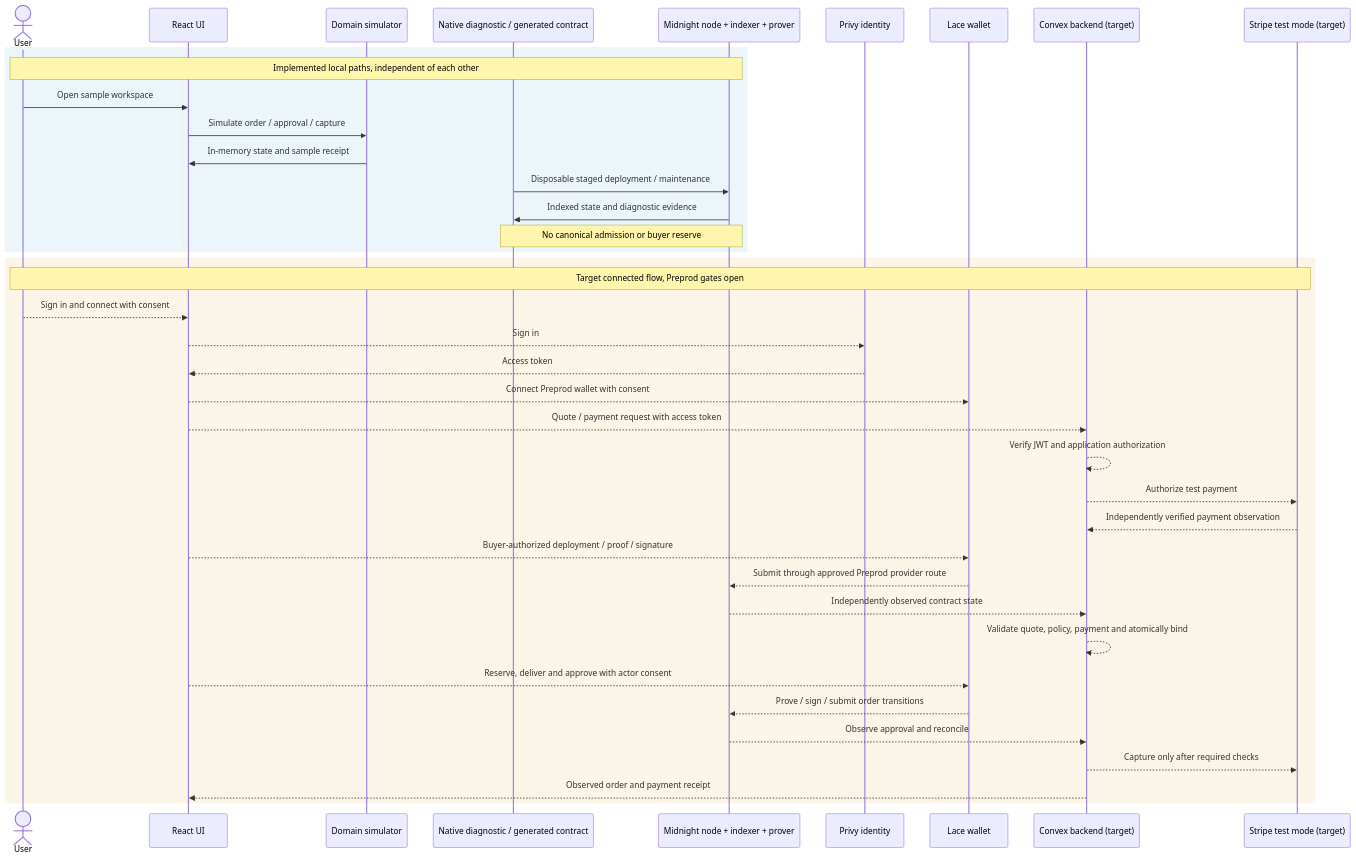
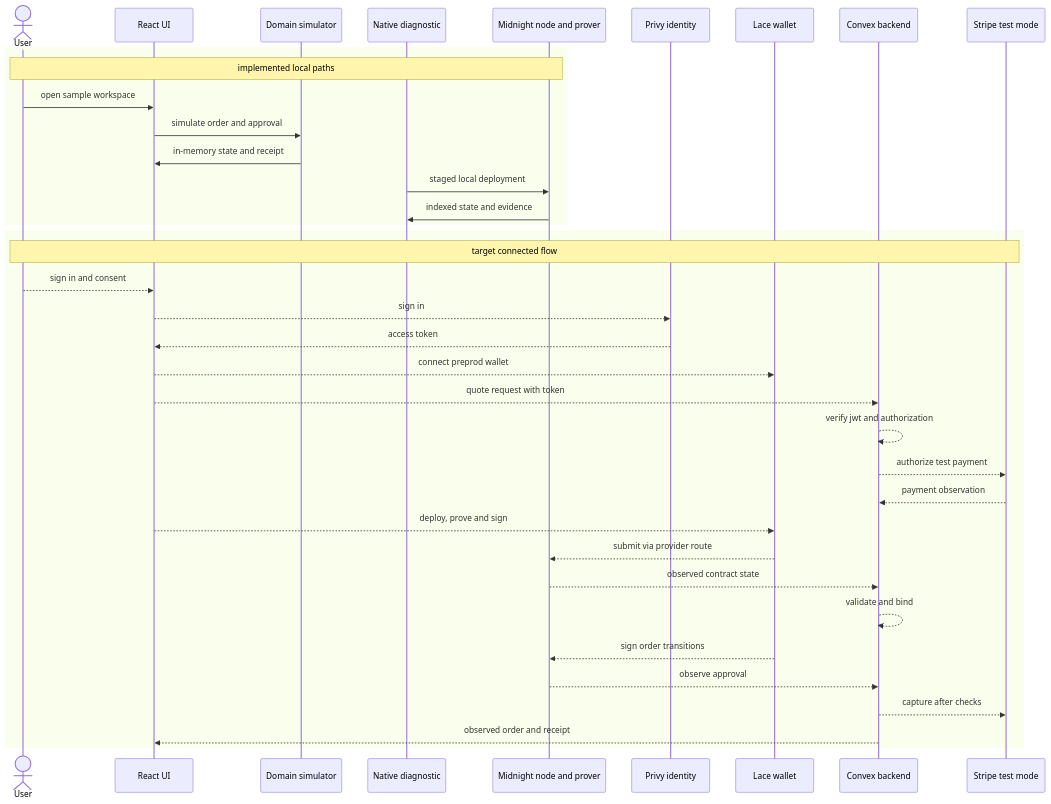
The diagram in README.md (symulacr/milo), drawn with Mermaid before and after one commit. The commit also changed other lines of this file, not shown here.

Commit message:
docs: condense the readme and fix the mermaid dark mode defect
removes the broken player page link, which 301s to an insecure http host.
switches rect rgb(...) to bare rect so github themes it, since the hardcoded
light pastels put light text on a light fill in dark mode. drops target and
other parentheticals from participant labels. adds accTitle and accDescr for
screen readers. trims duplicated statements. no content removed.

````diff
--- a/README.md
+++ b/README.md
@@ -40,41 +42,41 @@
 ```mermaid
 sequenceDiagram
+    accTitle: Milo local paths and target connected flow
+    accDescr: Solid arrows are implemented local paths. Dashed arrows are the target connected flow and are not acceptance evidence.
     actor User
     participant UI as React UI
     participant Local as Domain simulator
-    participant CLI as Native diagnostic / generated contract
-    participant Chain as Midnight node + indexer + prover
+    participant CLI as Native diagnostic
+    participant Chain as Midnight node and prover
     participant Auth as Privy identity
     participant Wallet as Lace wallet
-    participant API as Convex backend (target)
-    participant Pay as Stripe test mode (target)
-    rect rgb(235, 245, 250)
-        Note over User,Chain: Implemented local paths, independent of each other
-        User->>UI: Open sample workspace
-        UI->>Local: Simulate order / approval / capture
-        Local->>UI: In-memory state and sample receipt
-        CLI->>Chain: Disposable staged deployment / maintenance
-        Chain->>CLI: Indexed state and diagnostic evidence
-        Note over CLI,Chain: No canonical admission or buyer reserve
+    participant API as Convex backend
+    participant Pay as Stripe test mode
+    rect
+        Note over User,Chain: implemented local paths
+        User->>UI: open sample workspace
+        UI->>Local: simulate order and approval
+        Local->>UI: in-memory state and receipt
+        CLI->>Chain: staged local deployment
+        Chain->>CLI: indexed state and evidence
     end
-    rect rgb(250, 245, 230)
-        Note over User,Pay: Target connected flow, Preprod gates open
-        User-->>UI: Sign in and connect with consent
-        UI-->>Auth: Sign in
-        Auth-->>UI: Access token
-        UI-->>Wallet: Connect Preprod wallet with consent
-        UI-->>API: Quote / payment request with access token
-        API-->>API: Verify JWT and application authorization
-        API-->>Pay: Authorize test payment
-        Pay-->>API: Independently verified payment observation
-        UI-->>Wallet: Buyer-authorized deployment / proof / signature
-        Wallet-->>Chain: Submit through approved Preprod provider route
-        Chain-->>API: Independently observed contract state
-        API-->>API: Validate quote, policy, payment and atomically bind
-        UI-->>Wallet: Reserve, deliver and approve with actor consent
-        Wallet-->>Chain: Prove / sign / submit order transitions
-        Chain-->>API: Observe approval and reconcile
-        API-->>Pay: Capture only after required checks
-        API-->>UI: Observed order and payment receipt
+    rect
+        Note over User,Pay: target connected flow
+        User-->>UI: sign in and consent
+        UI-->>Auth: sign in
+        Auth-->>UI: access token
+        UI-->>Wallet: connect preprod wallet
+        UI-->>API: quote request with token
+        API-->>API: verify jwt and authorization
+        API-->>Pay: authorize test payment
+        Pay-->>API: payment observation
+        UI-->>Wallet: deploy, prove and sign
+        Wallet-->>Chain: submit via provider route
+        Chain-->>API: observed contract state
+        API-->>API: validate and bind
+        Wallet-->>Chain: sign order transitions
+        Chain-->>API: observe approval
+        API-->>Pay: capture after checks
+        API-->>UI: observed order and receipt
     end
 ```
````
